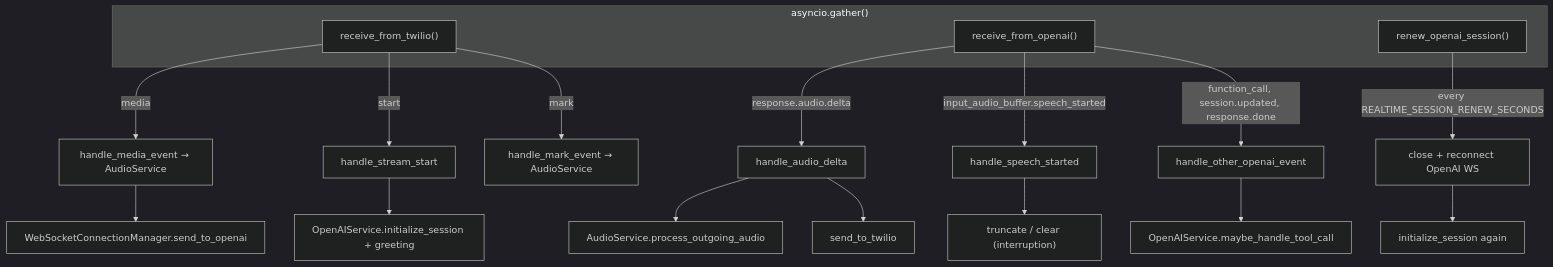
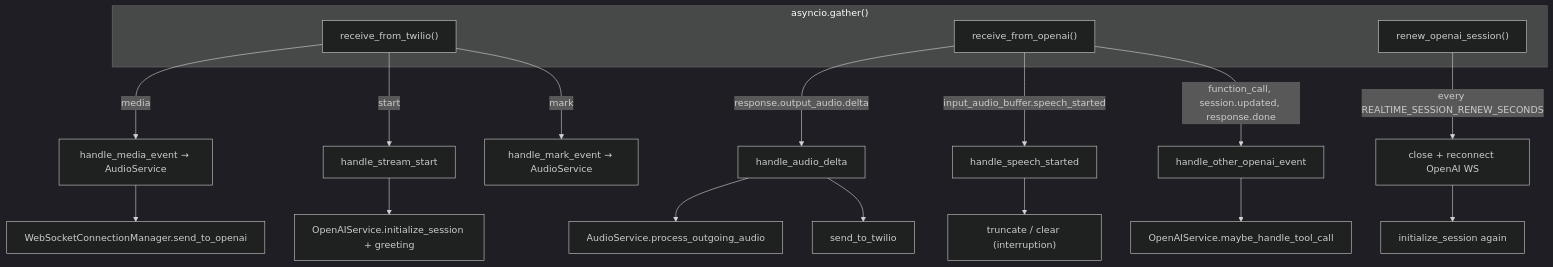
The third of 22 diagrams in docs/DIAGRAMS.md (aymalkhalid/Starter-Agent-InBound-OutBound-Twilio-Speech-Assistant-OpenAi-Realtime-Api-Python), drawn with Mermaid (dark theme) before and after one commit. The commit also changed other lines of this file and 22 other files, not shown here.

First line of the commit message:
Align Realtime/Twilio contracts and harden end-call goodbye flow.

````diff
--- a/docs/DIAGRAMS.md
+++ b/docs/DIAGRAMS.md
@@ -151,29 +151,29 @@
 ```mermaid
 flowchart TB
     subgraph Gather["asyncio.gather()"]
         TW_RCV["receive_from_twilio()"]
         OAI_RCV["receive_from_openai()"]
         RENEW["renew_openai_session()"]
     end
 
     TW_RCV -->|media| HME["handle_media_event → AudioService"]
     HME --> WCM["WebSocketConnectionManager.send_to_openai"]
 
     TW_RCV -->|start| HSS["handle_stream_start"]
     HSS --> OS["OpenAIService.initialize_session + greeting"]
 
     TW_RCV -->|mark| HMK["handle_mark_event → AudioService"]
 
-    OAI_RCV -->|response.audio.delta| HAD["handle_audio_delta"]
+    OAI_RCV -->|response.output_audio.delta| HAD["handle_audio_delta"]
     HAD --> AS["AudioService.process_outgoing_audio"]
     HAD --> WCM2["send_to_twilio"]
 
     OAI_RCV -->|input_audio_buffer.speech_started| HIS["handle_speech_started"]
     HIS --> TRUNC["truncate / clear (interruption)"]
 
     OAI_RCV -->|function_call, session.updated, response.done| HOE["handle_other_openai_event"]
     HOE --> TOOL["OpenAIService.maybe_handle_tool_call"]
 
     RENEW -->|every REALTIME_SESSION_RENEW_SECONDS| RECON["close + reconnect OpenAI WS"]
     RECON --> REINIT["initialize_session again"]
 ```
````
